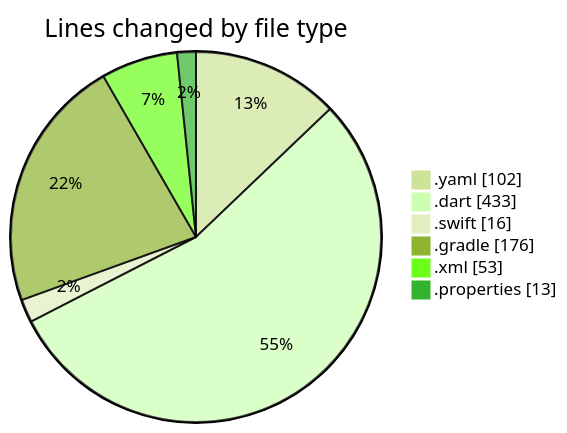
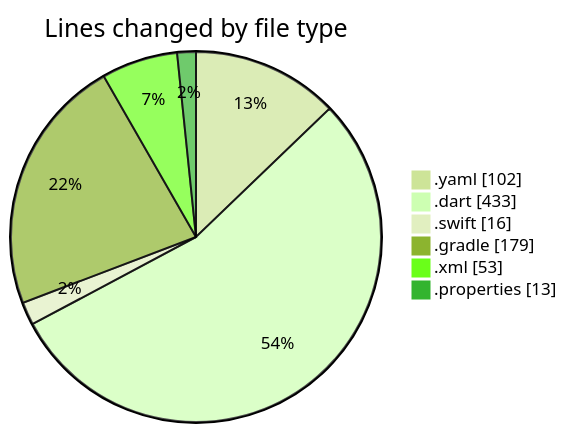
One commit to donsfak/code-tracking changed the first of 2 diagrams in 2025-02-04/maps_clone/README.md. Above: the diagram before and after it, drawn with Mermaid (forest theme). The commit also changed other lines of this file and 1 other file, not shown here.

````diff
--- a/2025-02-04/maps_clone/README.md
+++ b/2025-02-04/maps_clone/README.md
@@ -28,10 +28,10 @@
 ```mermaid
 pie showData
 title Lines changed by file type
 ".yaml" : 102
 ".dart" : 433
 ".swift" : 16
-".gradle" : 176
+".gradle" : 179
 ".xml" : 53
 ".properties" : 13
 ```
````
